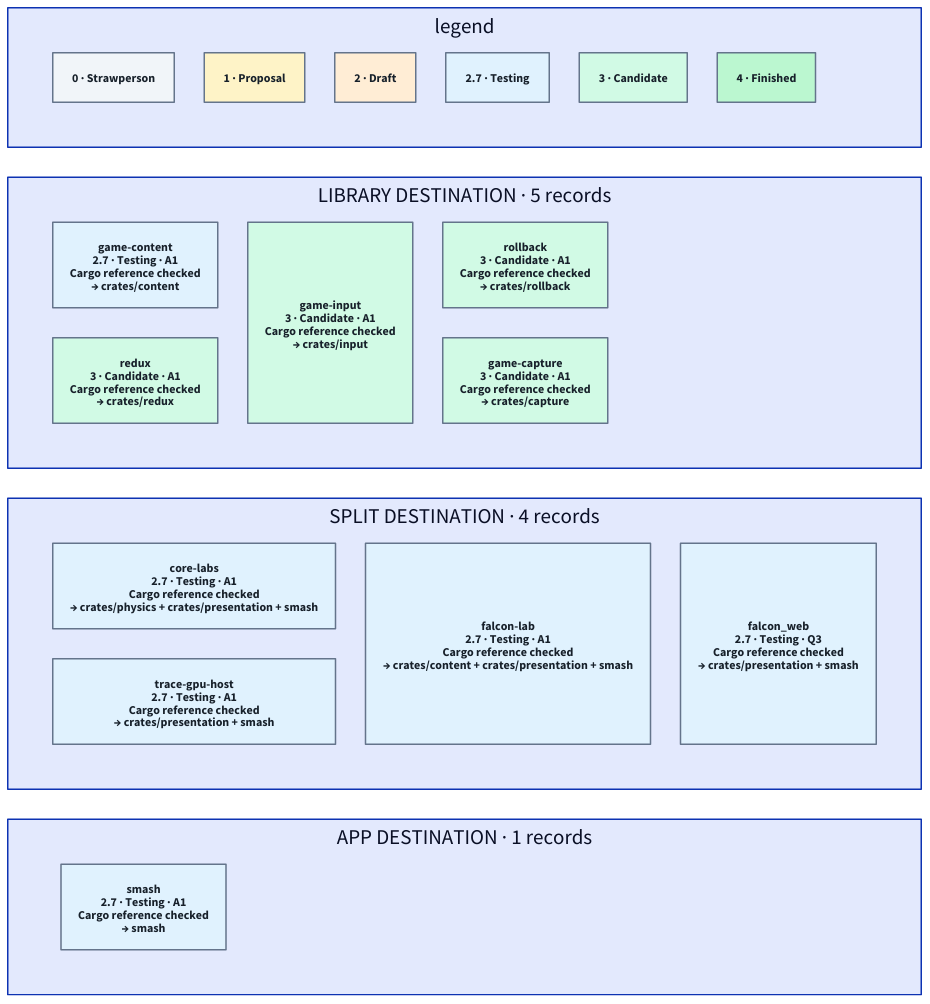
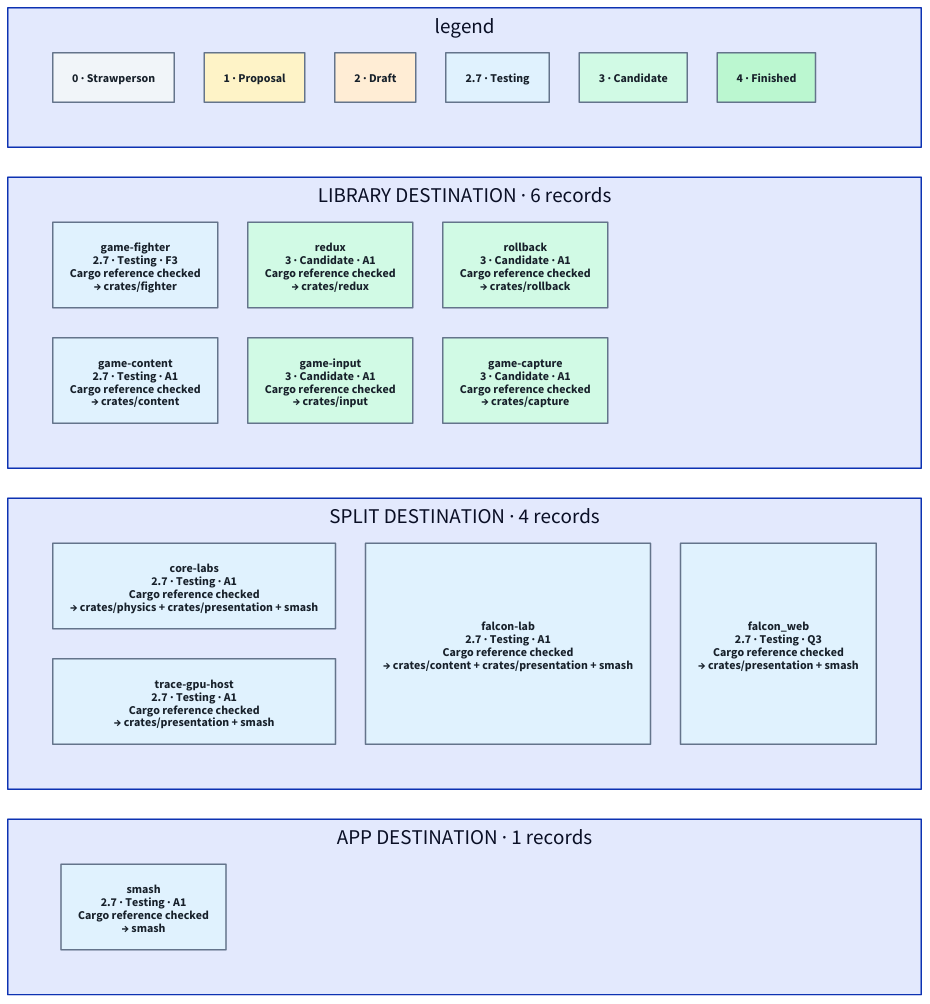
Before and after one commit to hafley66/hafley-rs: the diagram in classification/3_registry.d2, drawn with D2. The commit also changed 21 other files, not shown here.

```diff
--- a/classification/3_registry.d2
+++ b/classification/3_registry.d2
@@ -1,31 +1,32 @@
 # Generated from 1_registry.tsp. Do not edit.
 label: "05 · CHECKED CRATE INVENTORY / TC39-style promotion stages"
 grid-columns: 1
 legend: {
 grid-columns: 6
 s0: "0 · Strawperson" {style.fill: "#F1F5F9"; style.font-color: "#17202A"; style.stroke: "#64748B"}
 s1: "1 · Proposal" {style.fill: "#FEF3C7"; style.font-color: "#17202A"; style.stroke: "#64748B"}
 s2: "2 · Draft" {style.fill: "#FFEDD5"; style.font-color: "#17202A"; style.stroke: "#64748B"}
 s3: "2.7 · Testing" {style.fill: "#E0F2FE"; style.font-color: "#17202A"; style.stroke: "#64748B"}
 s4: "3 · Candidate" {style.fill: "#D1FAE5"; style.font-color: "#17202A"; style.stroke: "#64748B"}
 s5: "4 · Finished" {style.fill: "#BBF7D0"; style.font-color: "#17202A"; style.stroke: "#64748B"}
 }
-library: "LIBRARY DESTINATION · 5 records" {
+library: "LIBRARY DESTINATION · 6 records" {
 grid-columns: 3
+"game-fighter": "game-fighter\n2.7 · Testing · F3\nCargo reference checked\n→ crates/fighter" {style.fill: "#E0F2FE"; style.font-color: "#17202A"; style.stroke: "#64748B"}
 "game-content": "game-content\n2.7 · Testing · A1\nCargo reference checked\n→ crates/content" {style.fill: "#E0F2FE"; style.font-color: "#17202A"; style.stroke: "#64748B"}
 "redux": "redux\n3 · Candidate · A1\nCargo reference checked\n→ crates/redux" {style.fill: "#D1FAE5"; style.font-color: "#17202A"; style.stroke: "#64748B"}
 "game-input": "game-input\n3 · Candidate · A1\nCargo reference checked\n→ crates/input" {style.fill: "#D1FAE5"; style.font-color: "#17202A"; style.stroke: "#64748B"}
 "rollback": "rollback\n3 · Candidate · A1\nCargo reference checked\n→ crates/rollback" {style.fill: "#D1FAE5"; style.font-color: "#17202A"; style.stroke: "#64748B"}
 "game-capture": "game-capture\n3 · Candidate · A1\nCargo reference checked\n→ crates/capture" {style.fill: "#D1FAE5"; style.font-color: "#17202A"; style.stroke: "#64748B"}
 }
 split: "SPLIT DESTINATION · 4 records" {
 grid-columns: 3
 "core-labs": "core-labs\n2.7 · Testing · A1\nCargo reference checked\n→ crates/physics + crates/presentation + smash" {style.fill: "#E0F2FE"; style.font-color: "#17202A"; style.stroke: "#64748B"}
 "trace-gpu-host": "trace-gpu-host\n2.7 · Testing · A1\nCargo reference checked\n→ crates/presentation + smash" {style.fill: "#E0F2FE"; style.font-color: "#17202A"; style.stroke: "#64748B"}
 "falcon-lab": "falcon-lab\n2.7 · Testing · A1\nCargo reference checked\n→ crates/content + crates/presentation + smash" {style.fill: "#E0F2FE"; style.font-color: "#17202A"; style.stroke: "#64748B"}
 "falcon_web": "falcon_web\n2.7 · Testing · Q3\nCargo reference checked\n→ crates/presentation + smash" {style.fill: "#E0F2FE"; style.font-color: "#17202A"; style.stroke: "#64748B"}
 }
 app: "APP DESTINATION · 1 records" {
 grid-columns: 3
 "smash": "smash\n2.7 · Testing · A1\nCargo reference checked\n→ smash" {style.fill: "#E0F2FE"; style.font-color: "#17202A"; style.stroke: "#64748B"}
 }
```
